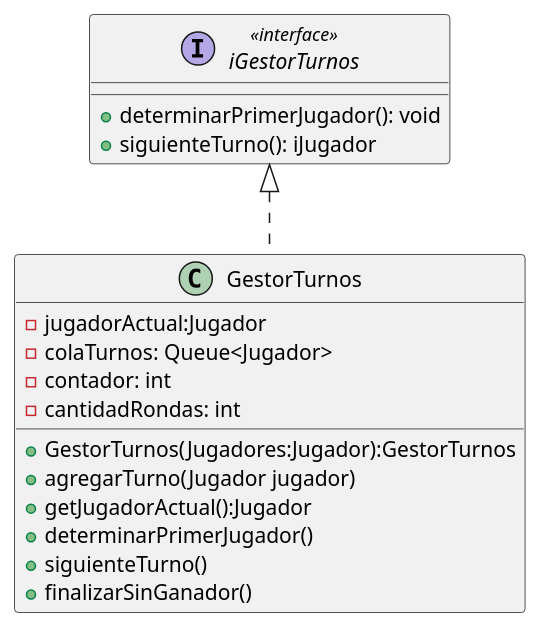
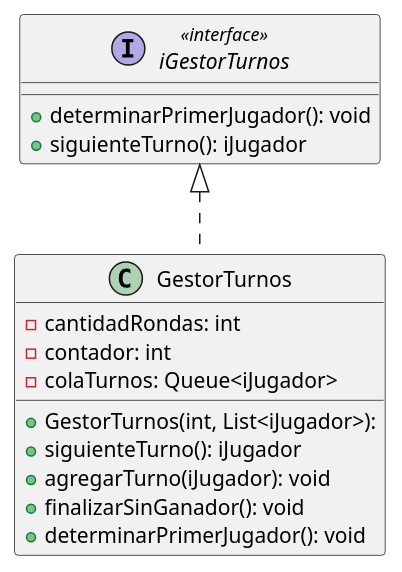
The first of 2 diagrams in diagrams/clases/clase_gestorTurnos.plantuml (mcumskov/Algo3_tp2), drawn with PlantUML before and after one commit. The commit also changed 4 other files, not shown here.

Commit message:
gestorTurnos tenia dos constructores, ahora solo tiene uno, actualizo su diagrama

```diff
--- a/diagrams/clases/clase_gestorTurnos.plantuml
+++ b/diagrams/clases/clase_gestorTurnos.plantuml
@@ -1,23 +1,23 @@
 @startuml
-    class GestorTurnos {
-        - jugadorActual:Jugador
-        - colaTurnos: Queue<Jugador>
-        - contador: int
-        - cantidadRondas: int
-        + GestorTurnos(Jugadores:Jugador):GestorTurnos
-        + agregarTurno(Jugador jugador)
-        + getJugadorActual():Jugador
-        + determinarPrimerJugador()
-        +siguienteTurno()
-        +finalizarSinGanador()
 
-    }
+class GestorTurnos {
+  + GestorTurnos(int, List<iJugador>):
+  - cantidadRondas: int
+  - contador: int
+  - colaTurnos: Queue<iJugador>
+  + siguienteTurno(): iJugador
+  + agregarTurno(iJugador): void
+  + finalizarSinGanador(): void
+  + determinarPrimerJugador(): void
+}
+
+
 
     interface iGestorTurnos << interface >> {
       + determinarPrimerJugador(): void
       + siguienteTurno(): iJugador
     }
 
     iGestorTurnos <|.- GestorTurnos
 
 @enduml
```
